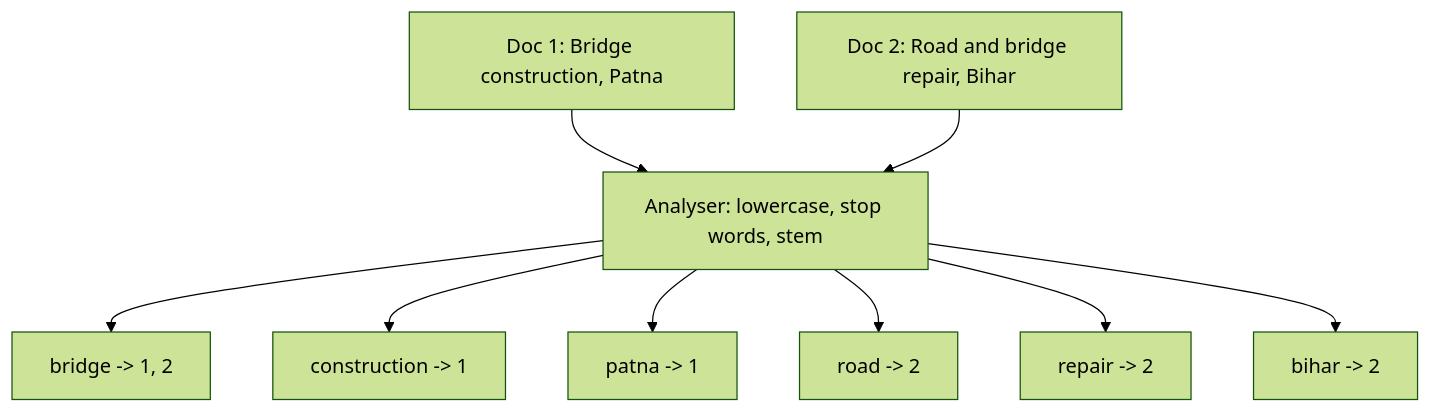
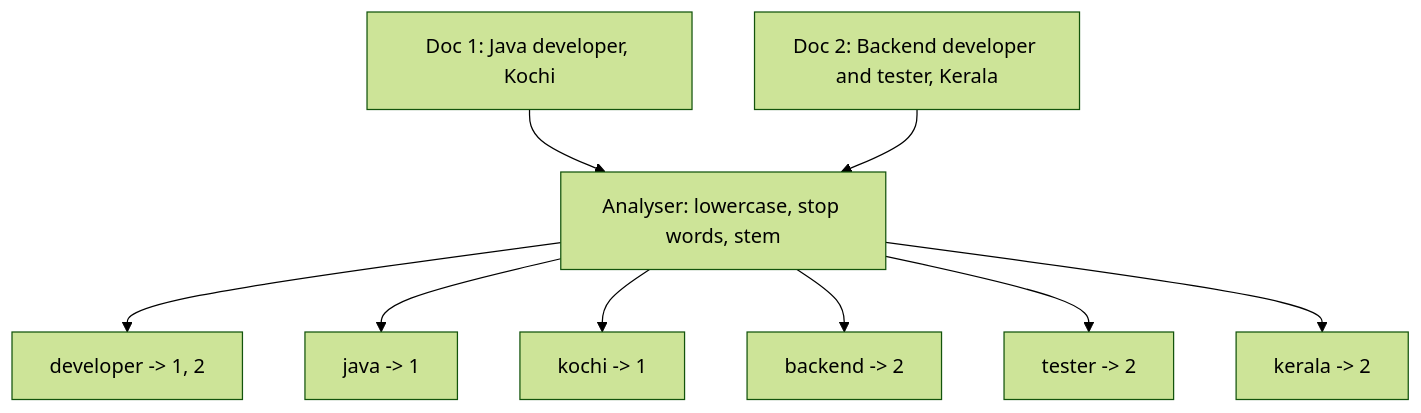
Before and after one commit to rizwi0786/system-design-lab: the third of 3 diagrams in content/lessons/m16/m16-search-architecture.md, drawn with Mermaid (forest theme). The commit also changed other lines of this file and 334 other files, not shown here.

````diff
--- a/content/lessons/m16/m16-search-architecture.md
+++ b/content/lessons/m16/m16-search-architecture.md
@@ -281,11 +285,11 @@
 ```mermaid
 flowchart TB
-    D1["Doc 1: Bridge construction, Patna"] --> AN["Analyser: lowercase, stop words, stem"]
-    D2["Doc 2: Road and bridge repair, Bihar"] --> AN
-    AN --> T1["bridge -> 1, 2"]
-    AN --> T2["construction -> 1"]
-    AN --> T3["patna -> 1"]
-    AN --> T4["road -> 2"]
-    AN --> T5["repair -> 2"]
-    AN --> T6["bihar -> 2"]
+    D1["Doc 1: Java developer, Kochi"] --> AN["Analyser: lowercase, stop words, stem"]
+    D2["Doc 2: Backend developer and tester, Kerala"] --> AN
+    AN --> T1["developer -> 1, 2"]
+    AN --> T2["java -> 1"]
+    AN --> T3["kochi -> 1"]
+    AN --> T4["backend -> 2"]
+    AN --> T5["tester -> 2"]
+    AN --> T6["kerala -> 2"]
 ```
````
